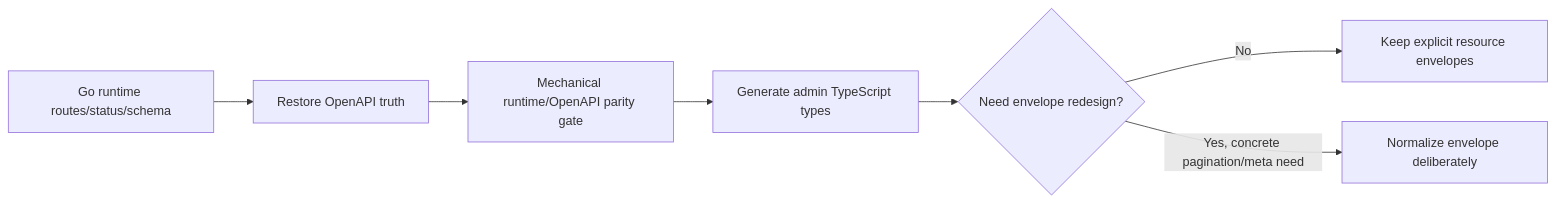
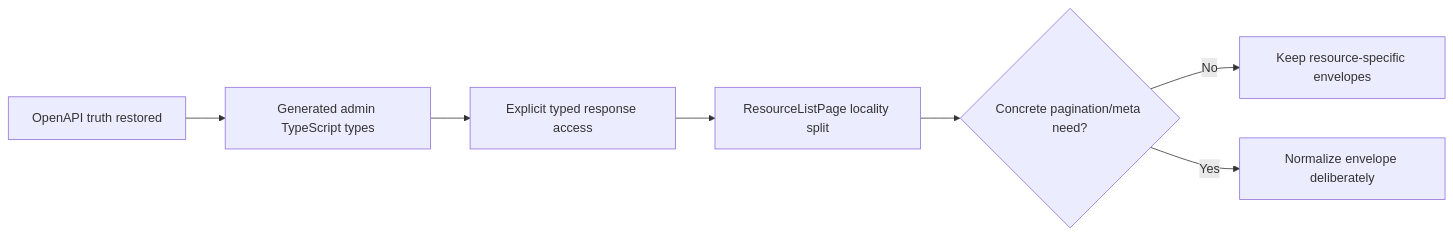
Before and after one commit to seeer-dev/agent-safe-site-starter: the diagram in docs/review-status.md, drawn with Mermaid. The commit also changed other lines of this file and 2 other files, not shown here.

First line of the commit message:
docs: sync status after HTTP contract restoration

````diff
--- a/docs/review-status.md
+++ b/docs/review-status.md
@@ -64,9 +69,9 @@
 ```mermaid
 flowchart LR
-    A[Go runtime routes/status/schema] --> B[Restore OpenAPI truth]
-    B --> C[Mechanical runtime/OpenAPI parity gate]
-    C --> D[Generate admin TypeScript types]
-    D --> E{Need envelope redesign?}
-    E -->|No| F[Keep explicit resource envelopes]
-    E -->|Yes, concrete pagination/meta need| G[Normalize envelope deliberately]
+    A[OpenAPI truth restored] --> B[Generated admin TypeScript types]
+    B --> C[Explicit typed response access]
+    C --> D[ResourceListPage locality split]
+    D --> E{Concrete pagination/meta need?}
+    E -->|No| F[Keep resource-specific envelopes]
+    E -->|Yes| G[Normalize envelope deliberately]
 ```
````
